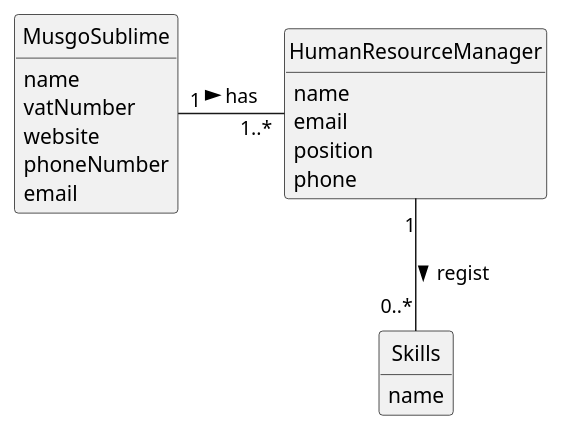
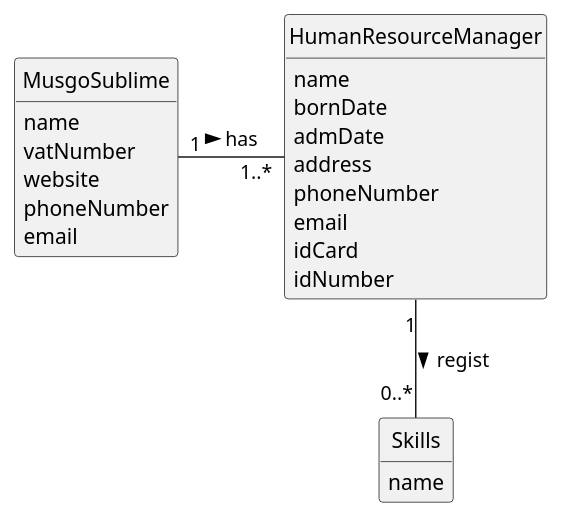
Before and after one commit to 1231360-ISEP/lei-24-s2-1db-g021: the diagram in docs/sprintA/us001/02.analysis/puml/us001-domain-model.puml, drawn with PlantUML. The commit also changed 1 other file, not shown here.

```diff
--- a/docs/sprintA/us001/02.analysis/puml/us001-domain-model.puml
+++ b/docs/sprintA/us001/02.analysis/puml/us001-domain-model.puml
@@ -1,34 +1,38 @@
 @startuml
 skinparam monochrome true
 skinparam packageStyle rectangle
 skinparam shadowing false
 
 skinparam classAttributeIconSize 0
 
 hide circle
 hide methods
 
 class MusgoSublime {
     name
     vatNumber
     website
     phoneNumber
     email
 }
 
 class HumanResourceManager {
     name
+    bornDate
+    admDate
+    address
+    phoneNumber
     email
-    position
-    phone
+    idCard
+    idNumber
 }
 
 class Skills {
     name
 }
 
 
 MusgoSublime "1" - "1..*" HumanResourceManager: has >
 HumanResourceManager "1" -- "0..*" Skills : regist >
 
 @enduml
```
